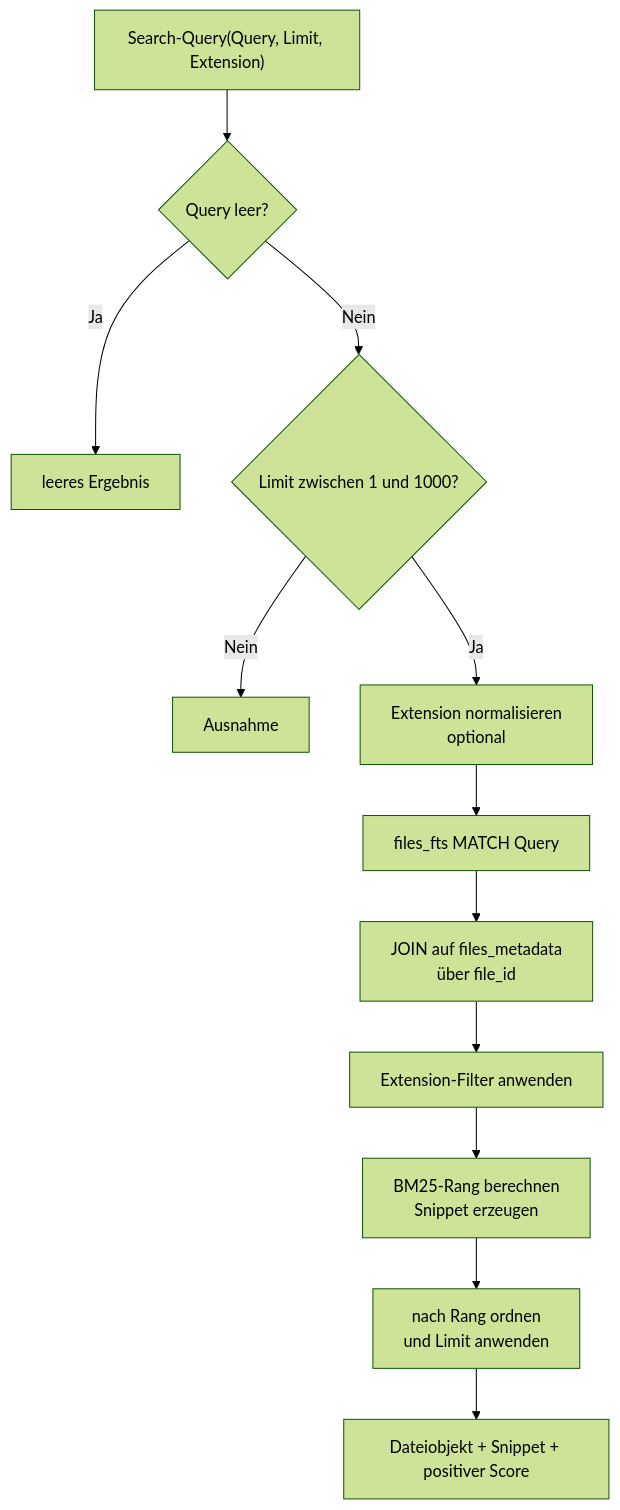
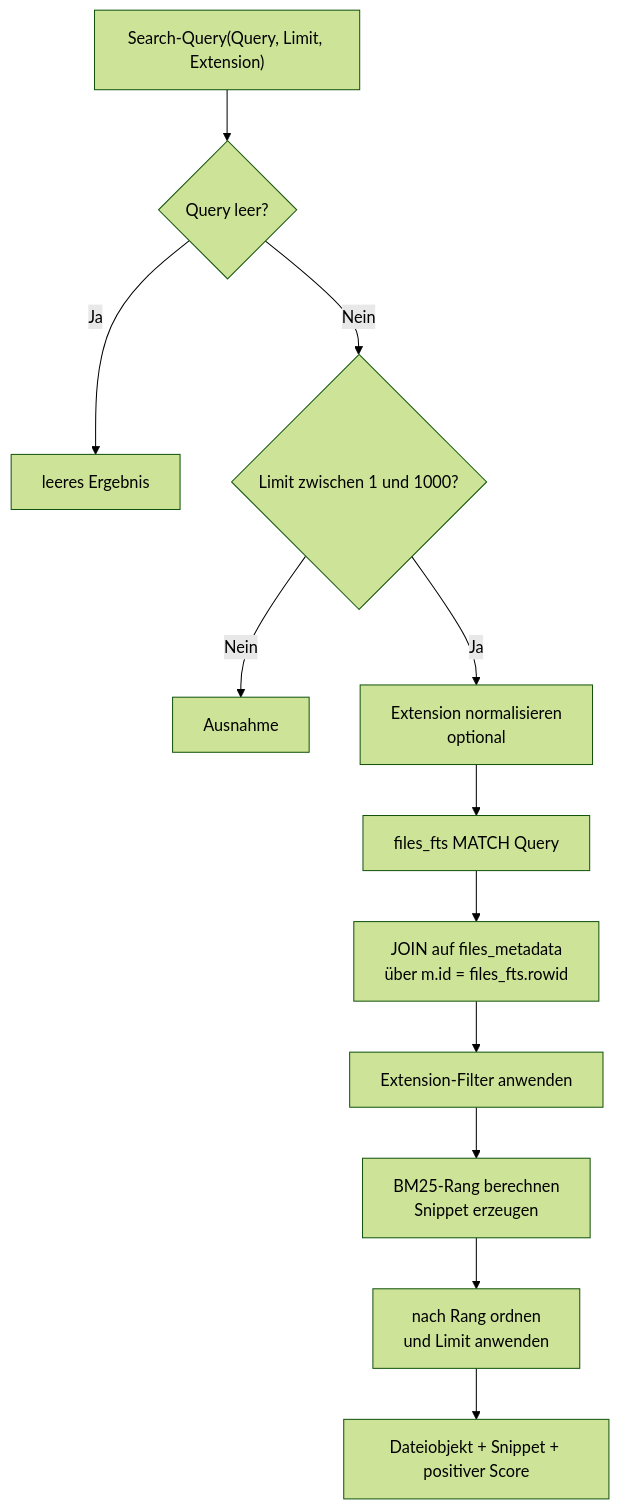
The third of 12 diagrams in DATABASE.md (Henry-lge/PowerShell-Suchmaschine), drawn with Mermaid (forest theme) before and after one commit. The commit also changed other lines of this file and 2 other files, not shown here.

````diff
--- a/DATABASE.md
+++ b/DATABASE.md
@@ -389,14 +578,14 @@
 ```mermaid
 flowchart TD
     A["Search-Query(Query, Limit, Extension)"] --> B{"Query leer?"}
     B -- Ja --> C["leeres Ergebnis"]
     B -- Nein --> D{"Limit zwischen 1 und 1000?"}
     D -- Nein --> E["Ausnahme"]
     D -- Ja --> F["Extension normalisieren<br/>optional"]
     F --> G["files_fts MATCH Query"]
-    G --> H["JOIN auf files_metadata<br/>über file_id"]
+    G --> H["JOIN auf files_metadata<br/>über m.id = files_fts.rowid"]
     H --> I["Extension-Filter anwenden"]
     I --> J["BM25-Rang berechnen<br/>Snippet erzeugen"]
     J --> K["nach Rang ordnen<br/>und Limit anwenden"]
     K --> L["Dateiobjekt + Snippet + positiver Score"]
 ```
````
